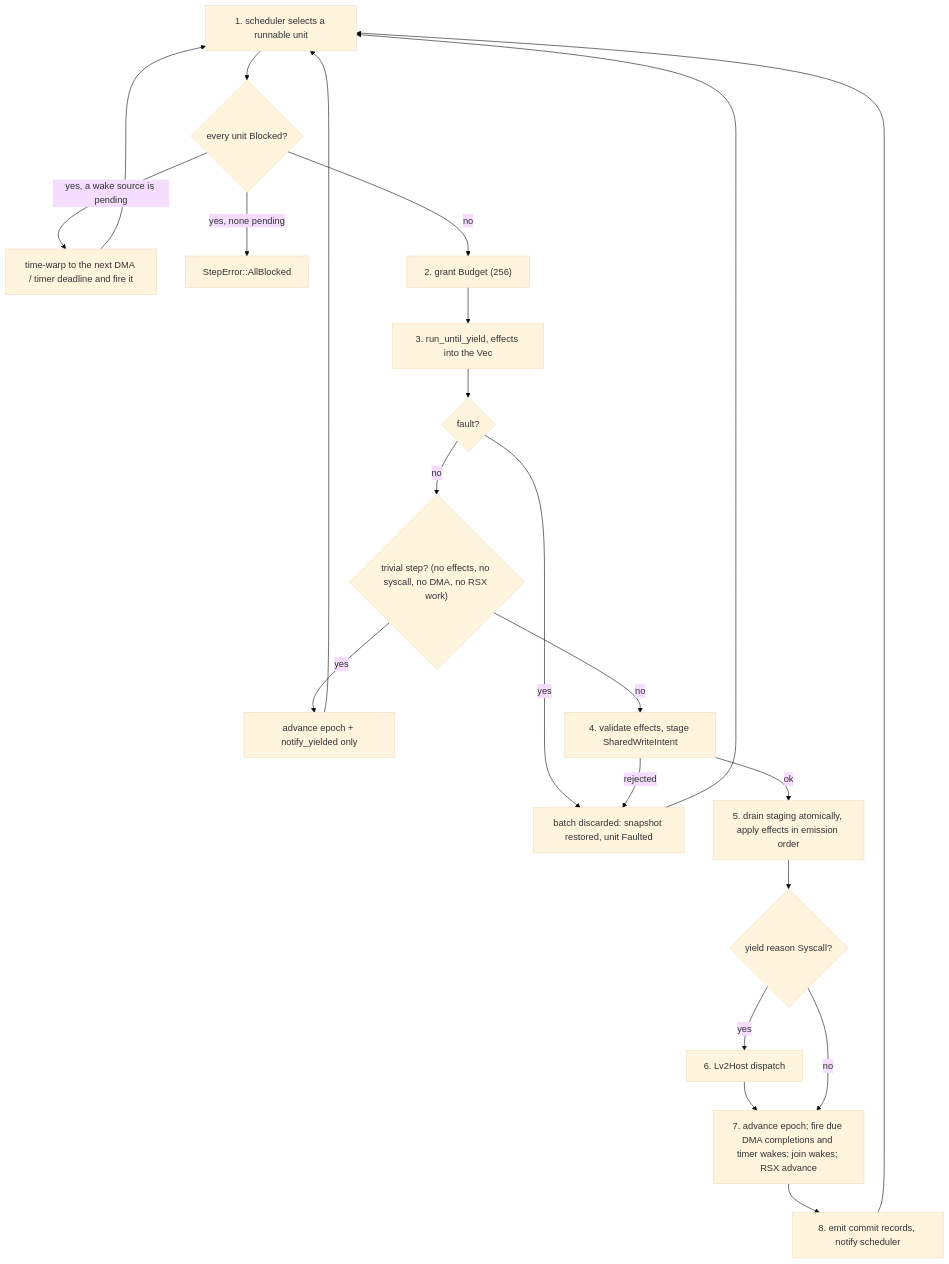
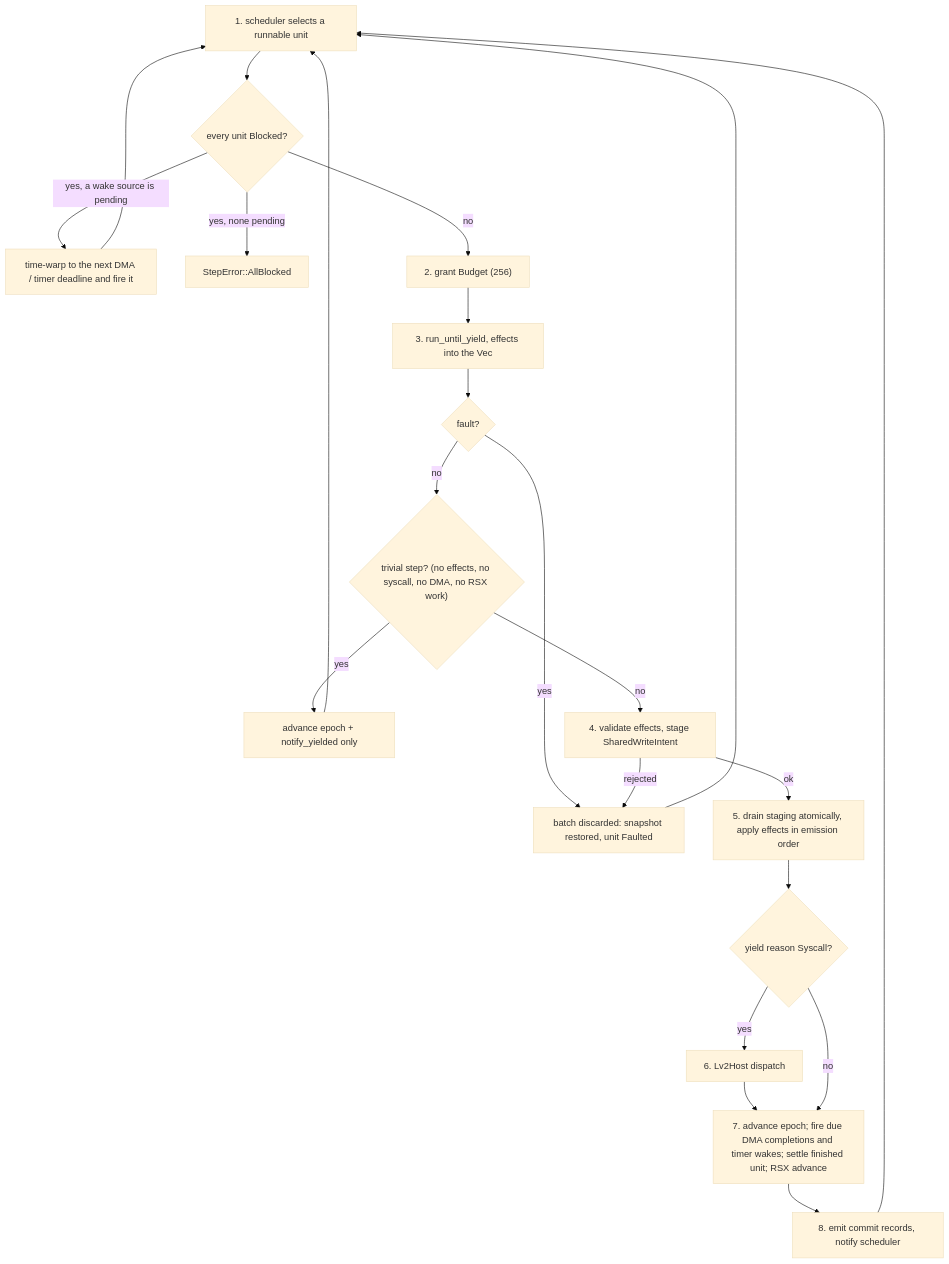
Before and after one commit to RoyalAce22/CellGov: the diagram in docs/architecture/runtime_pipeline.md, drawn with Mermaid (base theme). The commit also changed other lines of this file and 26 other files, not shown here.

````diff
--- a/docs/architecture/runtime_pipeline.md
+++ b/docs/architecture/runtime_pipeline.md
@@ -75,18 +78,18 @@
 ```mermaid
 flowchart TD
   sel["1. scheduler selects a runnable unit"] --> allb{"every unit Blocked?"}
   allb -->|"yes, a wake source is pending"| warp["time-warp to the next DMA / timer deadline and fire it"] --> sel
   allb -->|"yes, none pending"| stall["StepError::AllBlocked"]
   allb -->|no| budget["2. grant Budget (256)"] --> run["3. run_until_yield, effects into the Vec"]
   run --> fault{"fault?"}
   fault -->|yes| discard["batch discarded: snapshot restored, unit Faulted"] --> sel
   fault -->|no| triv{"trivial step? (no effects, no syscall, no DMA, no RSX work)"}
   triv -->|yes| fast["advance epoch + notify_yielded only"] --> sel
   triv -->|no| val["4. validate effects, stage SharedWriteIntent"]
   val -->|rejected| discard
   val -->|ok| drain["5. drain staging atomically, apply effects in emission order"]
   drain --> sc{"yield reason Syscall?"}
   sc -->|yes| lv2["6. Lv2Host dispatch"] --> epoch
-  sc -->|no| epoch["7. advance epoch; fire due DMA completions and timer wakes; join wakes; RSX advance"]
+  sc -->|no| epoch["7. advance epoch; fire due DMA completions and timer wakes; settle finished unit; RSX advance"]
   epoch --> rec["8. emit commit records, notify scheduler"] --> sel
 ```
````
